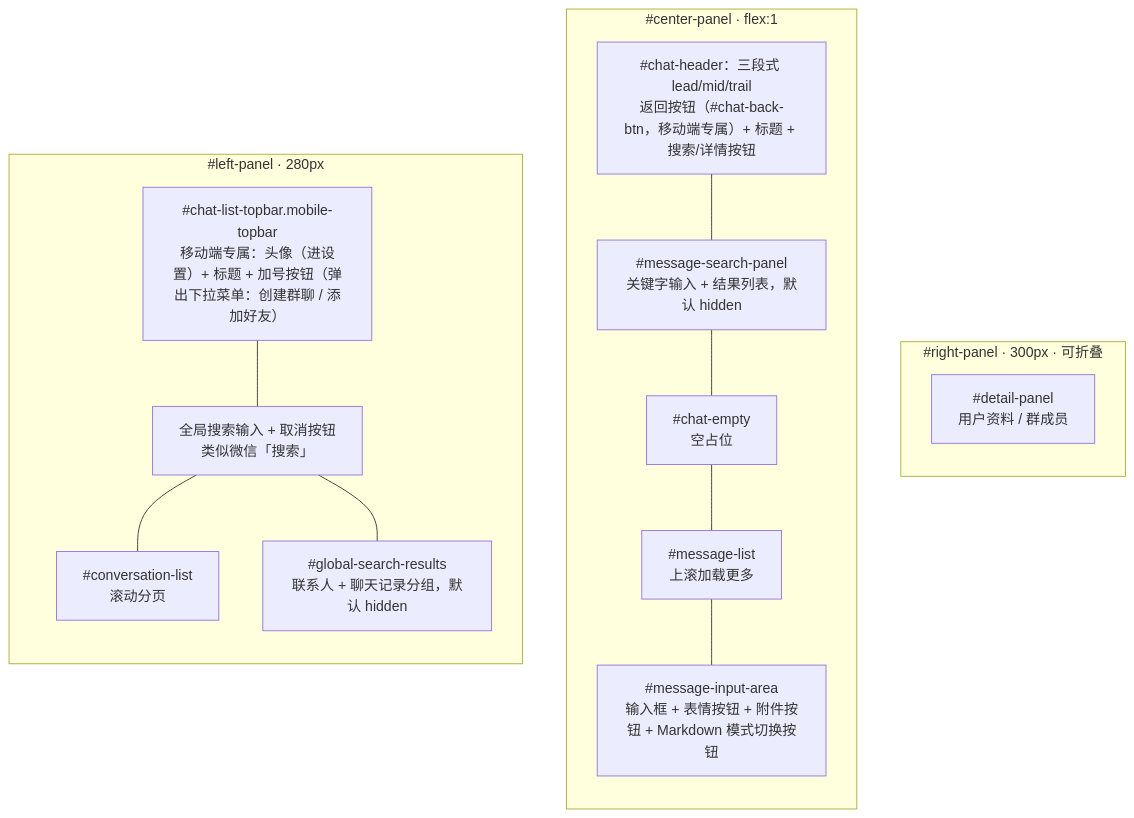
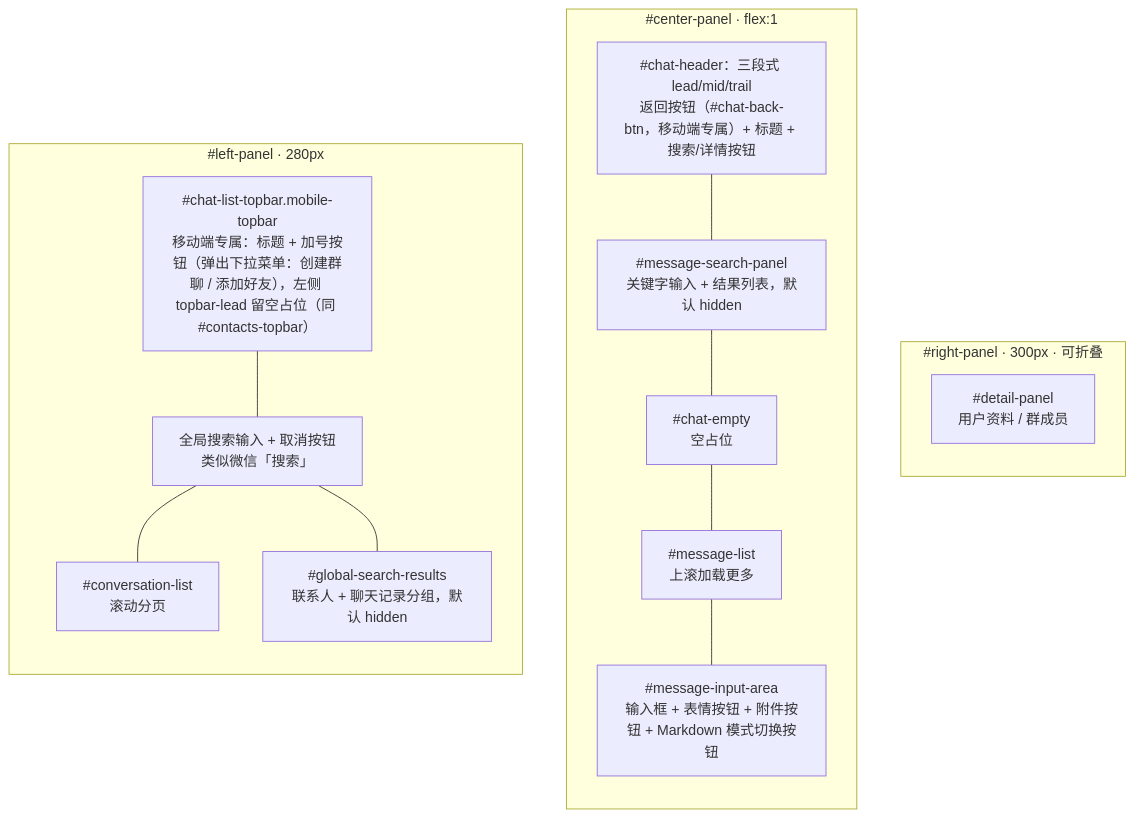
One commit to dacez/yimsg changed the first of 3 diagrams in packages/uikit/docs/UI设计方案.md. Above: the diagram before and after it, drawn with Mermaid. The commit also changed 5 other files, not shown here.

````diff
--- a/packages/uikit/docs/UI设计方案.md
+++ b/packages/uikit/docs/UI设计方案.md
@@ -146,28 +146,28 @@
 ```mermaid
 graph LR
     subgraph 左栏["#left-panel · 280px"]
-        L0["#chat-list-topbar.mobile-topbar<br/>移动端专属：头像（进设置）+ 标题 + 加号按钮（弹出下拉菜单：创建群聊 / 添加好友）"]
+        L0["#chat-list-topbar.mobile-topbar<br/>移动端专属：标题 + 加号按钮（弹出下拉菜单：创建群聊 / 添加好友），左侧 topbar-lead 留空占位（同 #contacts-topbar）"]
         L1["全局搜索输入 + 取消按钮<br/>类似微信「搜索」"]
         L2["#conversation-list<br/>滚动分页"]
         L3["#global-search-results<br/>联系人 + 聊天记录分组，默认 hidden"]
         L0 --- L1
         L1 --- L2
         L1 --- L3
     end
 
     subgraph 中栏["#center-panel · flex:1"]
         direction TB
         C1["#chat-header：三段式 lead/mid/trail<br/>返回按钮（#chat-back-btn，移动端专属）+ 标题 + 搜索/详情按钮"]
         C1b["#message-search-panel<br/>关键字输入 + 结果列表，默认 hidden"]
         C2["#chat-empty<br/>空占位"]
         C3["#message-list<br/>上滚加载更多"]
         C4["#message-input-area<br/>输入框 + 表情按钮 + 附件按钮 + Markdown 模式切换按钮"]
         C1 --- C1b --- C2 --- C3 --- C4
     end
 
     subgraph 右栏["#right-panel · 300px · 可折叠"]
         R1["#detail-panel<br/>用户资料 / 群成员"]
     end
 
     左栏 ~~~ 中栏 ~~~ 右栏
 ```
````
